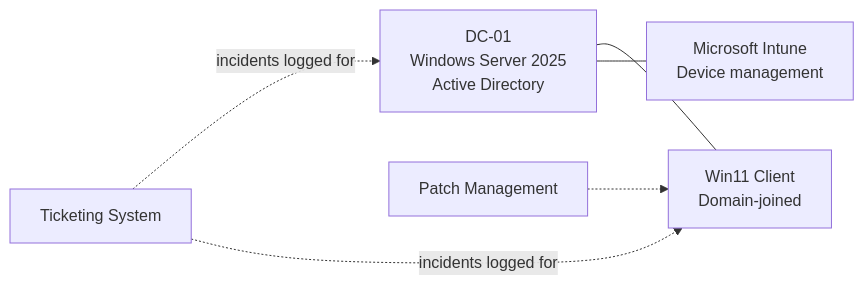
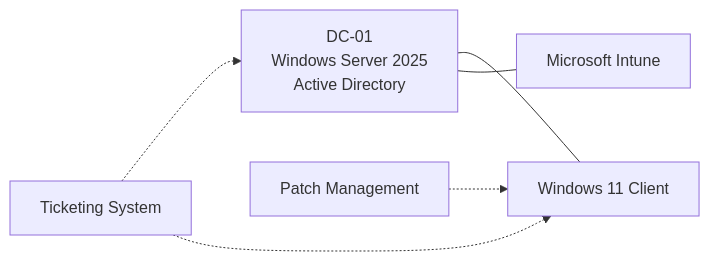
The diagram in README.md (yahya1h/Helpdesk-HomeLab), drawn with Mermaid before and after one commit. The commit also changed other lines of this file, not shown here.

````diff
--- a/README.md
+++ b/README.md
@@ -15,14 +7,14 @@
 ```mermaid
 flowchart LR
     DC["DC-01<br/>Windows Server 2025<br/>Active Directory"]
-    W11["Win11 Client<br/>Domain-joined"]
-    INTUNE["Microsoft Intune<br/>Device management"]
+    W11["Windows 11 Client"]
+    INTUNE["Microsoft Intune"]
     PATCH["Patch Management"]
     TICKET["Ticketing System"]
 
     DC --- W11
     DC --- INTUNE
     PATCH -.-> W11
-    TICKET -.->|"incidents logged for"| DC
-    TICKET -.->|"incidents logged for"| W11
+    TICKET -.-> DC
+    TICKET -.-> W11
 ```
````
